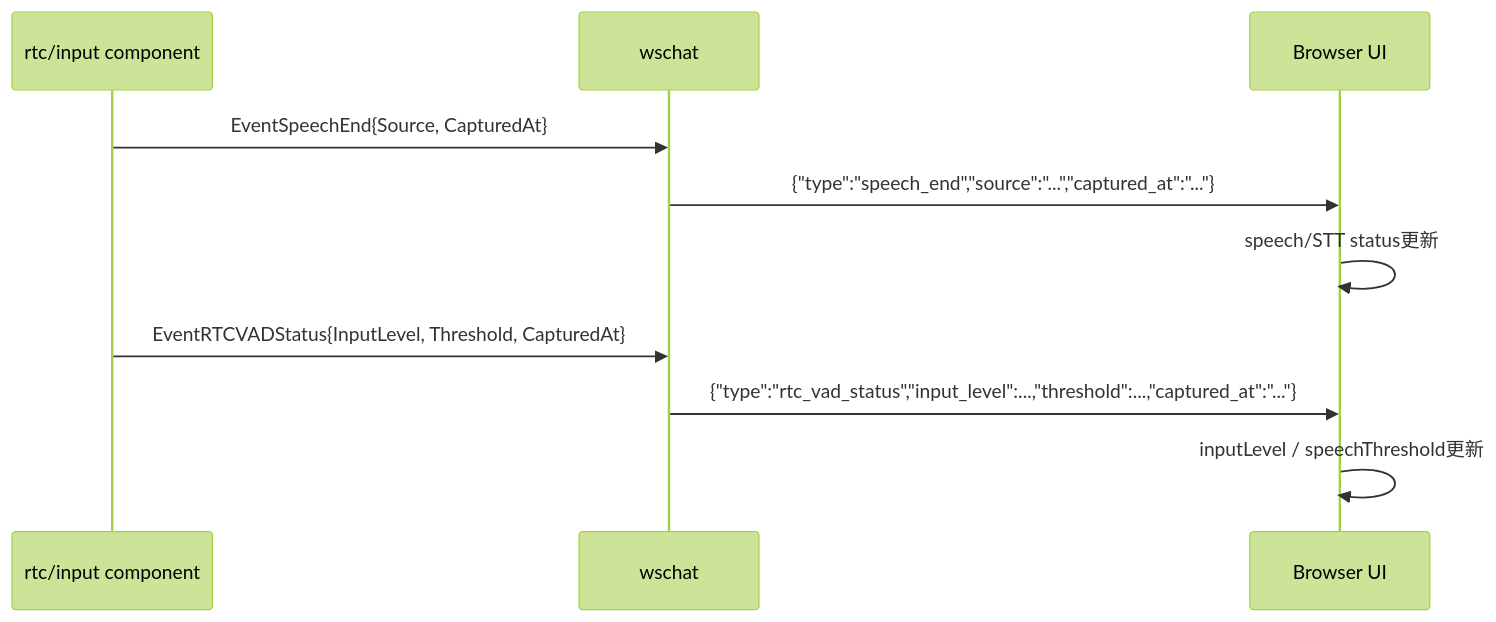
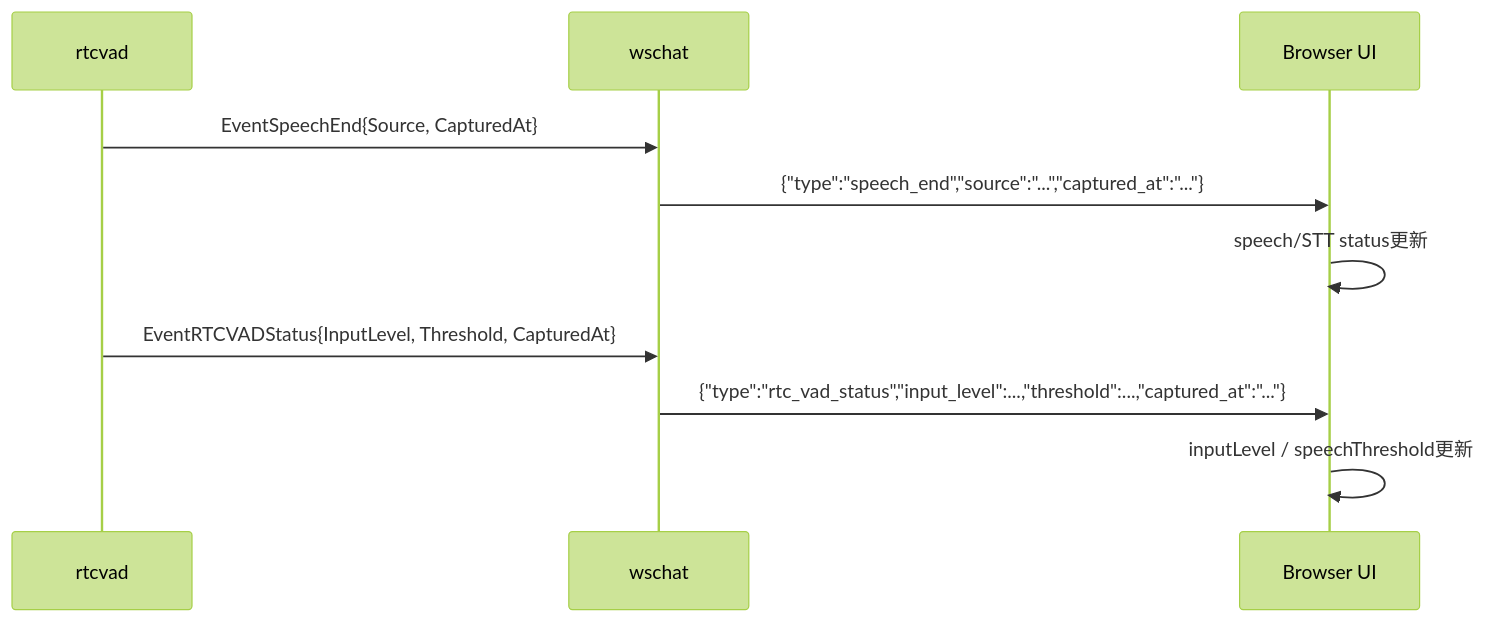
The third of 4 diagrams in docs/components/wschat.md (tetetratra/smart-speaker), drawn with Mermaid (forest theme) before and after one commit. The commit also changed other lines of this file and 11 other files, not shown here.

````diff
--- a/docs/components/wschat.md
+++ b/docs/components/wschat.md
@@ -113,13 +113,13 @@
 ```mermaid
 sequenceDiagram
-    participant RTC as rtc/input component
+    participant VAD as rtcvad
     participant WS as wschat
     participant UI as Browser UI
 
-    RTC->>WS: EventSpeechEnd{Source, CapturedAt}
+    VAD->>WS: EventSpeechEnd{Source, CapturedAt}
     WS->>UI: {"type":"speech_end","source":"...","captured_at":"..."}
     UI->>UI: speech/STT status更新
-    RTC->>WS: EventRTCVADStatus{InputLevel, Threshold, CapturedAt}
+    VAD->>WS: EventRTCVADStatus{InputLevel, Threshold, CapturedAt}
     WS->>UI: {"type":"rtc_vad_status","input_level":...,"threshold":...,"captured_at":"..."}
     UI->>UI: inputLevel / speechThreshold更新
 ```
````
